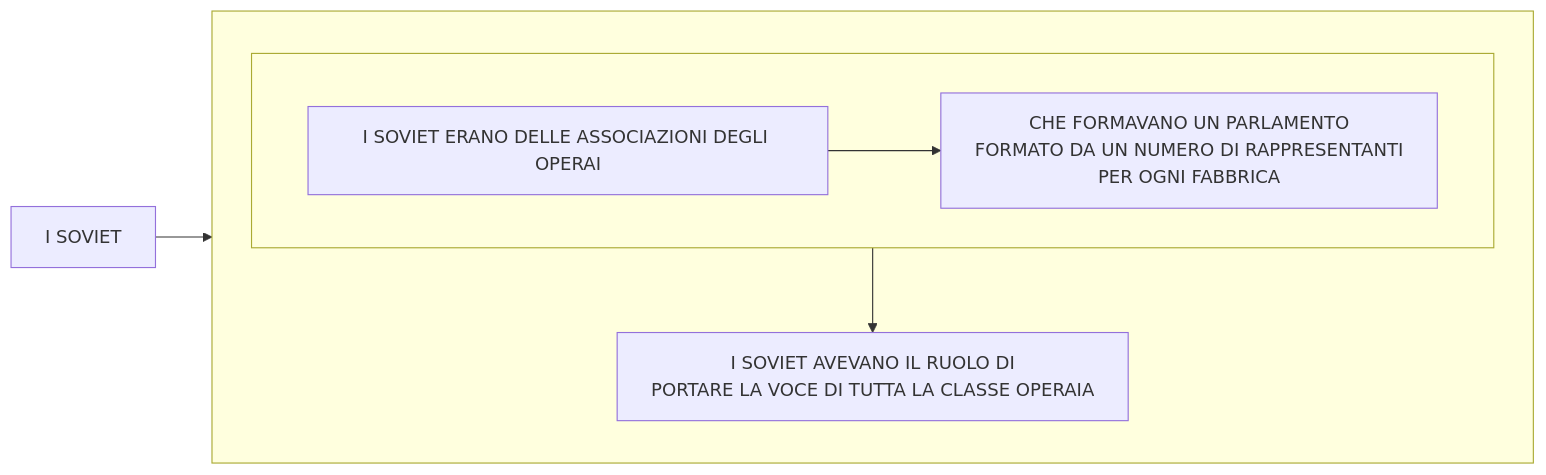
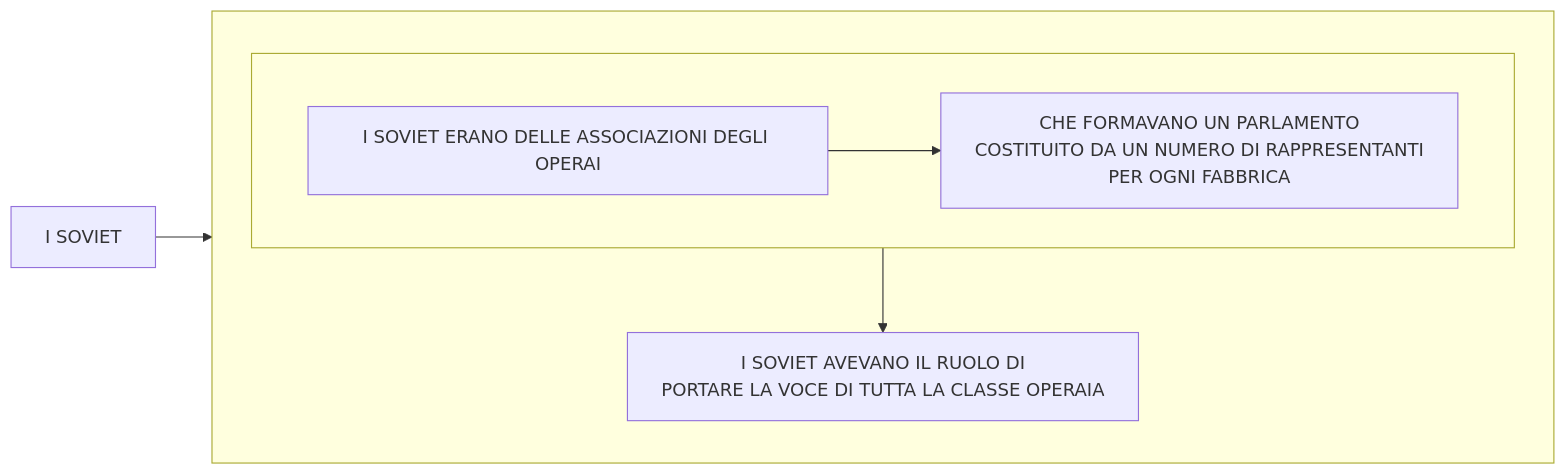
The third of 22 diagrams in stalinismoRiscrittura.md (Laaouatni/ricerca-storia-MermaidJS), drawn with Mermaid before and after one commit.

````diff
--- a/stalinismoRiscrittura.md
+++ b/stalinismoRiscrittura.md
@@ -45,16 +45,16 @@
 ```mermaid
 %%{init: { "flowchart": { "wrappingWidth": 400 } }}%%
 flowchart LR
   0[I SOVIET]
   subgraph 4[" "]
     subgraph 2[" "]
       direction LR
       1[I SOVIET ERANO DELLE ASSOCIAZIONI DEGLI OPERAI]
-      10[CHE FORMAVANO UN PARLAMENTO <br>FORMATO DA UN NUMERO DI RAPPRESENTANTI <br>PER OGNI FABBRICA]
+      10[CHE FORMAVANO UN PARLAMENTO <br>COSTITUITO DA UN NUMERO DI RAPPRESENTANTI <br>PER OGNI FABBRICA]
       1 --> 10
     end
     3[I SOVIET AVEVANO IL RUOLO DI <BR> PORTARE LA VOCE DI TUTTA LA CLASSE OPERAIA]
     2 --> 3
   end
   0 --> 4
 ```
````
